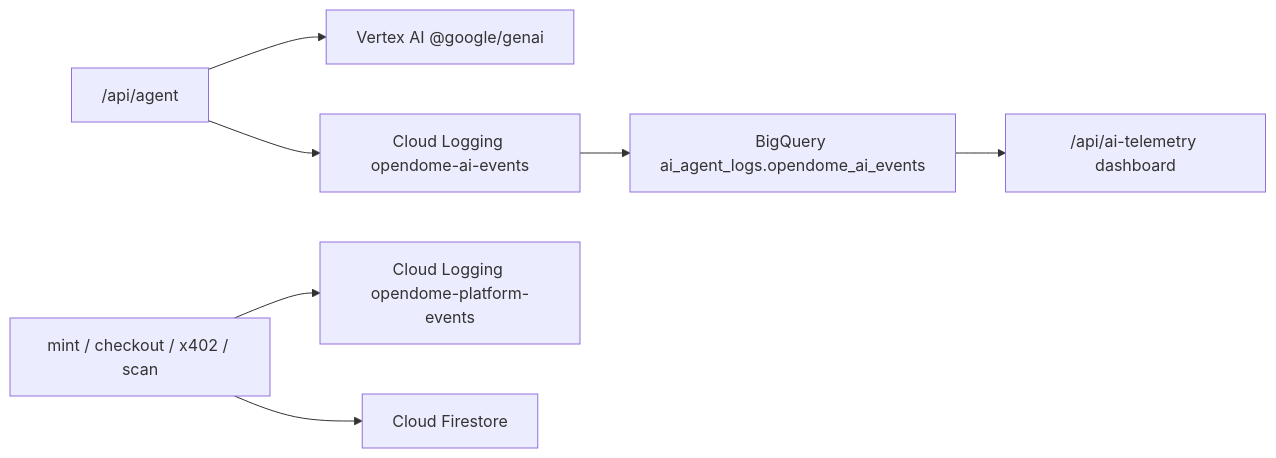
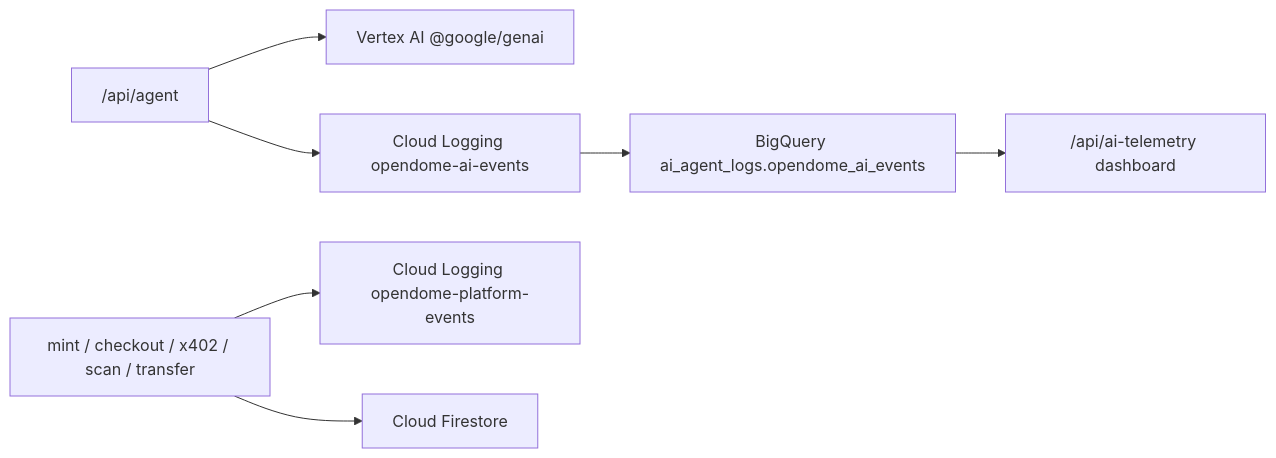
The third of 4 diagrams in AGENTS.md (Effisend-Labs/Open-Dome), drawn with Mermaid before and after one commit. The commit also changed other lines of this file and 39 other files, not shown here.

````diff
--- a/AGENTS.md
+++ b/AGENTS.md
@@ -244,9 +261,9 @@
 ```mermaid
 flowchart LR
   AgentAPI["/api/agent"] --> Vertex["Vertex AI @google/genai"]
   AgentAPI --> AiLog["Cloud Logging opendome-ai-events"]
-  Routes["mint / checkout / x402 / scan"] --> PlatLog["Cloud Logging opendome-platform-events"]
+  Routes["mint / checkout / x402 / scan / transfer"] --> PlatLog["Cloud Logging opendome-platform-events"]
   Routes --> FS["Cloud Firestore"]
   AiLog --> BQ["BigQuery ai_agent_logs.opendome_ai_events"]
   BQ --> Panel["/api/ai-telemetry dashboard"]
 ```
````
